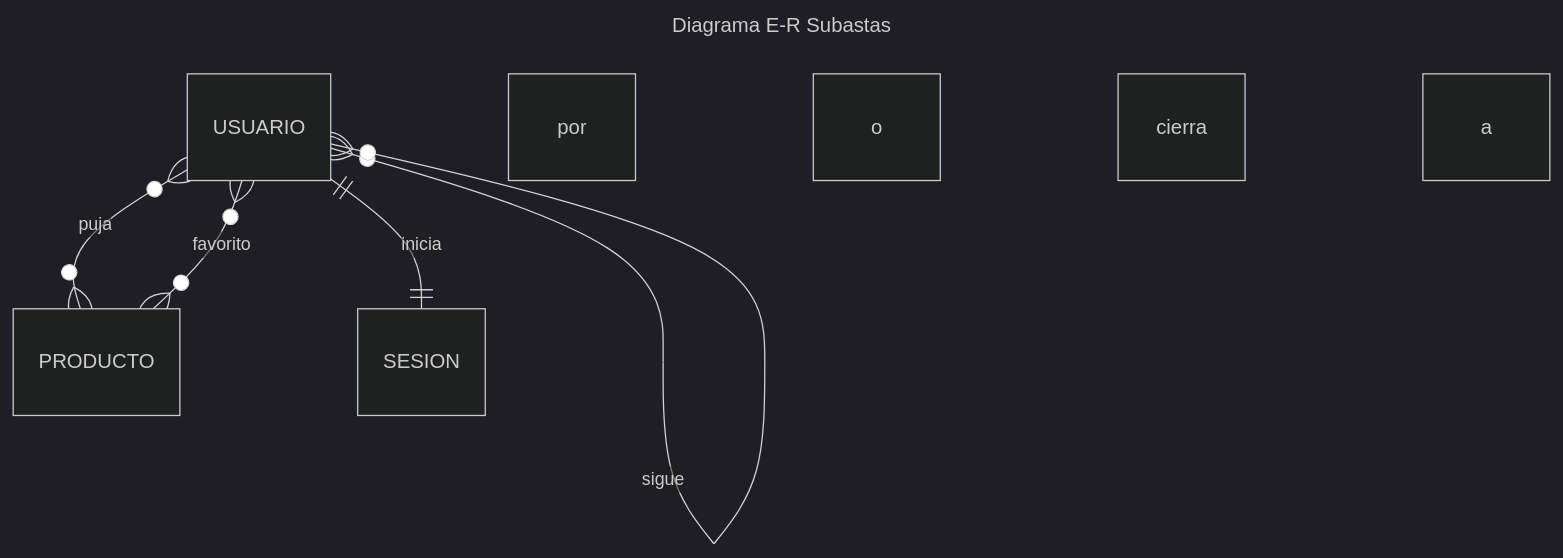
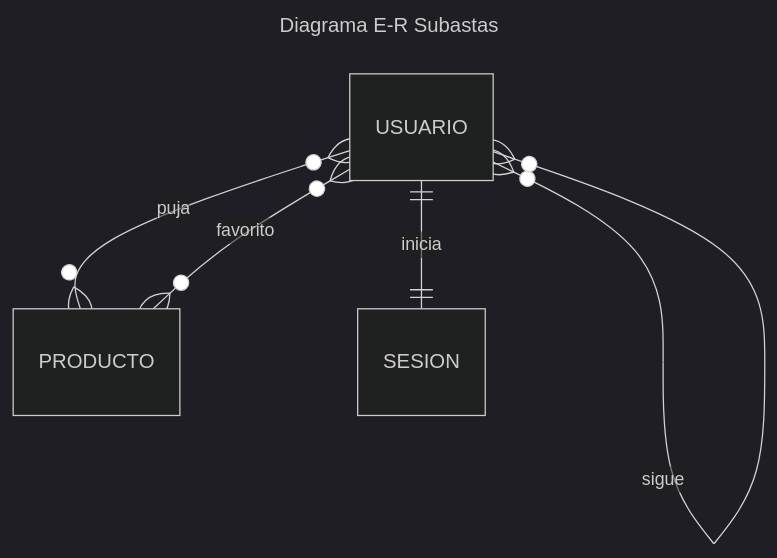
The first of 2 diagrams in memoria/memoria.md (miguel010939/go-back-project), drawn with Mermaid (dark theme) before and after one commit.

Commit message:
no doy una

````diff
--- a/memoria/memoria.md
+++ b/memoria/memoria.md
@@ -39,11 +39,11 @@
 ```mermaid
 ---
 title: Diagrama E-R Subastas
 ---
 erDiagram
-    USUARIO }o--o{ PRODUCTO : puja por
-    USUARIO ||--|| SESION : inicia o cierra
+    USUARIO }o--o{ PRODUCTO : puja
+    USUARIO ||--|| SESION : inicia
     USUARIO }o--o{ PRODUCTO : favorito
-    USUARIO }o--o{ USUARIO : sigue a
+    USUARIO }o--o{ USUARIO : sigue
 
 ```
````
